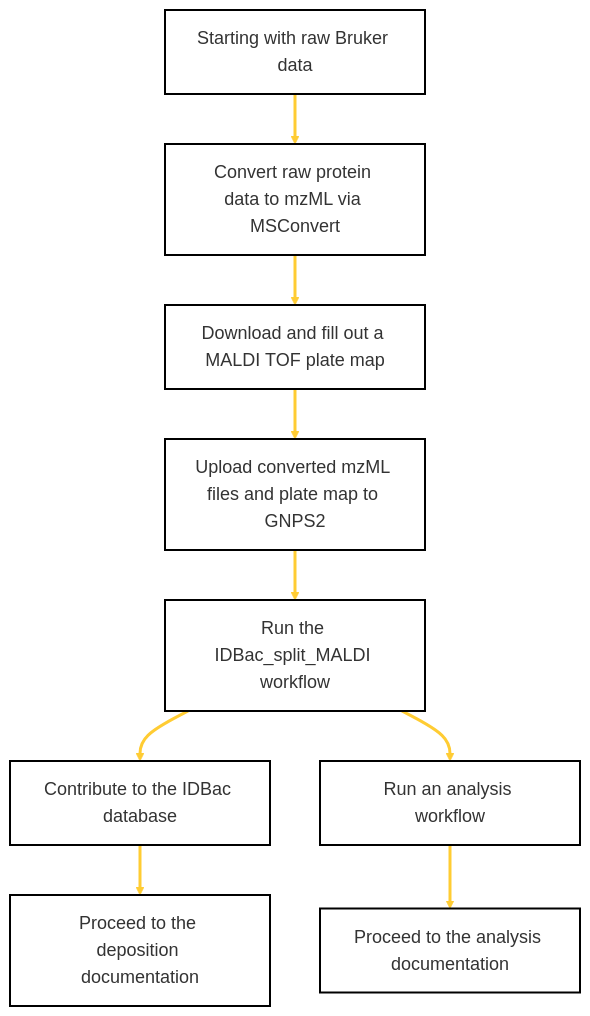
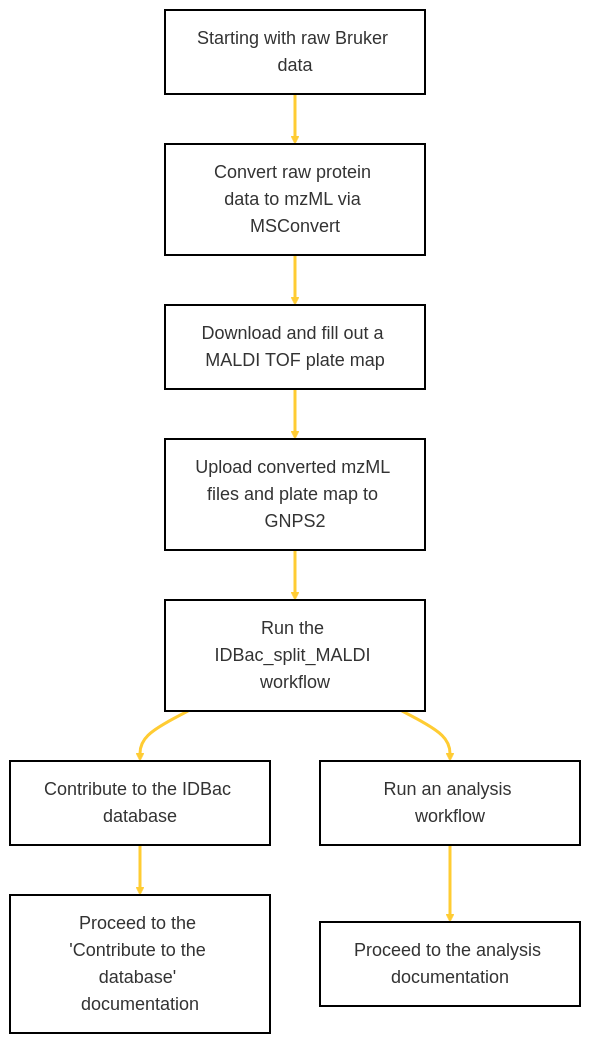
The diagram in docs/idbac-brukerstart-here.md (Wang-Bioinformatics-Lab/GNPS2_Documentation), drawn with Mermaid before and after one commit.

````diff
--- a/docs/idbac-brukerstart-here.md
+++ b/docs/idbac-brukerstart-here.md
@@ -10,43 +10,43 @@
 ```mermaid
 flowchart TD
     A[Starting with raw Bruker data] --> B[Convert raw protein data to mzML via MSConvert]
     B --> C[Download and fill out a MALDI TOF plate map]
     C --> D[Upload converted mzML files and plate map to GNPS2]
     D --> E[Run the IDBac_split_MALDI workflow]
     E --> F[Contribute to the IDBac database]
-    F --> G[Proceed to the deposition documentation]
+    F --> G[Proceed to the 'Contribute to the database' documentation]
     E --> H[Run an analysis workflow]
     H --> I[Proceed to the analysis documentation]
     
     click B href "https://proteowizard.sourceforge.io/"
     click C href "https://docs.google.com/spreadsheets/d/1ihFy6lQyJtWy9fp46ahMPWk7xLp2tJ3q/edit?usp=sharing&ouid=102573514213912402103&rtpof=true&sd=true"
     click D href "https://gnps2.org/homepage"
     click E href "https://gnps2.org/workflowinput?workflowname=idbac_split_maldi_workflow"
     click G href "https://wang-bioinformatics-lab.github.io/GNPS2_Documentation/idbacdepositions/"
     click I href "https://wang-bioinformatics-lab.github.io/GNPS2_Documentation/idbacsumbmitdata/"
 
  %% Styling
     style A fill:#FFFFFF,stroke:#000000,stroke-width:2px,font-size:18px
     style B fill:#FFFFFF,stroke:#000000,stroke-width:2px,font-size:18px
     style C fill:#FFFFFF,stroke:#000000,stroke-width:2px,font-size:18px
     style D fill:#FFFFFF,stroke:#000000,stroke-width:2px,font-size:18px
     style E fill:#FFFFFF,stroke:#000000,stroke-width:2px,font-size:18px
     style F fill:#FFFFFF,stroke:#000000,stroke-width:2px,font-size:18px
     style G fill:#FFFFFF,stroke:#000000,stroke-width:2px,font-size:18px
     style H fill:#FFFFFF,stroke:#000000,stroke-width:2px,font-size:18px
     style I fill:#FFFFFF,stroke:#000000,stroke-width:2px,font-size:18px 
 
 %% Link Styling
     linkStyle 0 stroke:#ffcc33,stroke-width:3px
     linkStyle 1 stroke:#ffcc33,stroke-width:3px
     linkStyle 2 stroke:#ffcc33,stroke-width:3px
     linkStyle 3 stroke:#ffcc33,stroke-width:3px
     linkStyle 4 stroke:#ffcc33,stroke-width:3px
     linkStyle 5 stroke:#ffcc33,stroke-width:3px
     linkStyle 6 stroke:#ffcc33,stroke-width:3px
     linkStyle 7 stroke:#ffcc33,stroke-width:3px
   
    
     
 
 ```
````
